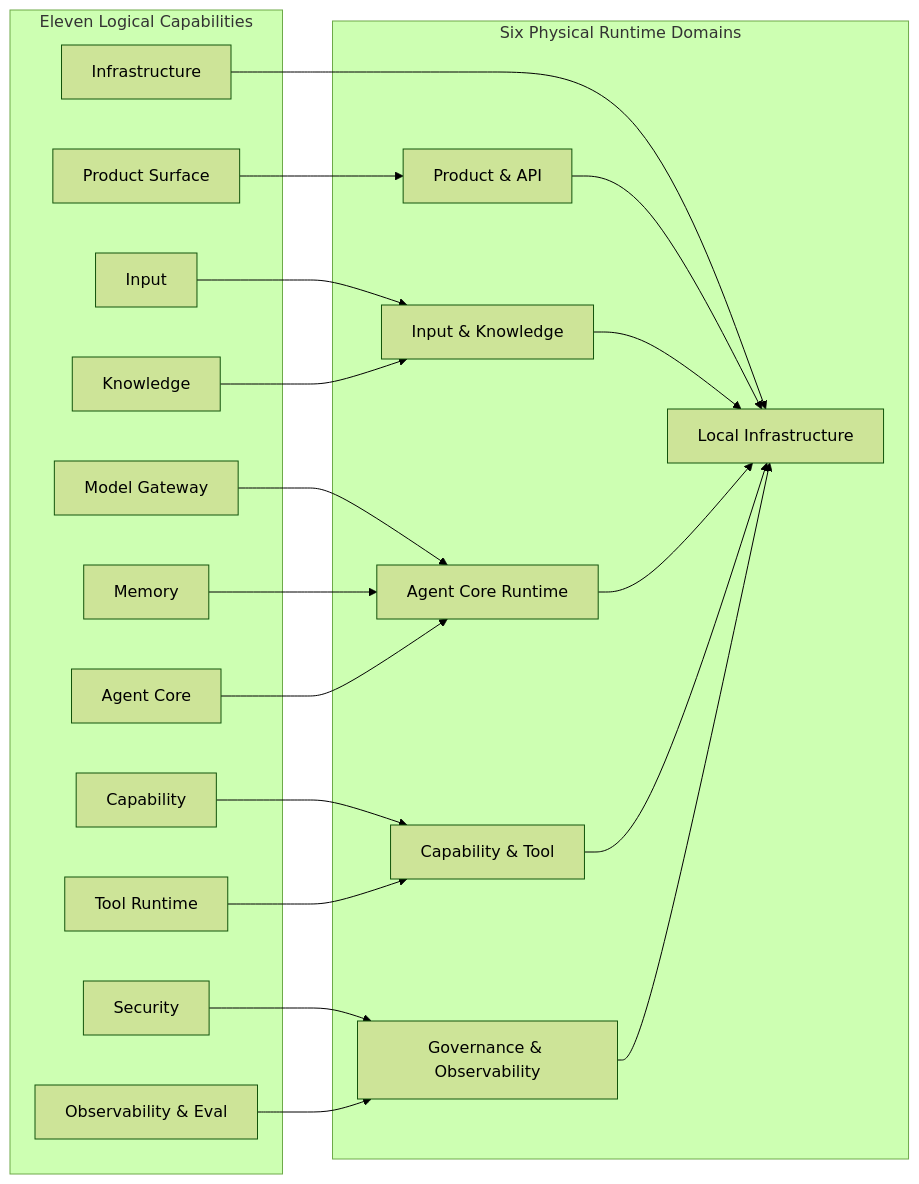
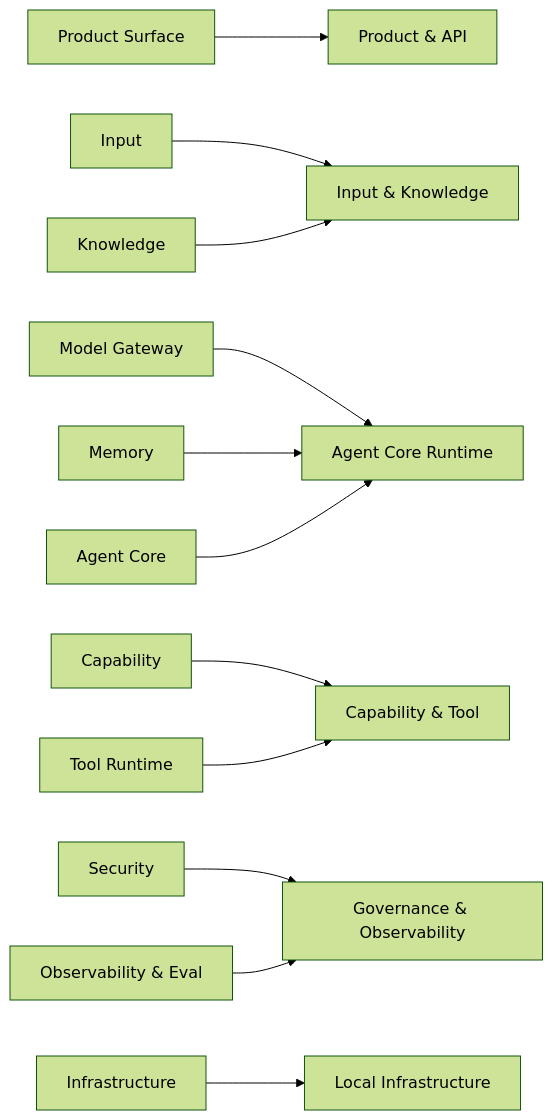
Before and after one commit to ProfessorZhi/Zuno: diagram 16 of 30 in docs/architecture/architecture.md, drawn with Mermaid (forest theme). The commit also changed other lines of this file, not shown here.

Commit message:
Make target architecture Markdown text-first and design-complete

````diff
--- a/docs/architecture/architecture.md
+++ b/docs/architecture/architecture.md
@@ -620,43 +898,14 @@
 ```mermaid
 flowchart LR
-  subgraph LOGICAL["Eleven Logical Capabilities"]
-    PS["Product Surface"]
-    IN["Input"]
-    KN["Knowledge"]
-    MG["Model Gateway"]
-    MM["Memory"]
-    AC["Agent Core"]
-    CP["Capability"]
-    TR["Tool Runtime"]
-    SEC["Security"]
-    OBS["Observability & Eval"]
-    INF["Infrastructure"]
-  end
-
-  subgraph PHYSICAL["Six Physical Runtime Domains"]
-    PRODUCT["Product & API"]
-    IK["Input & Knowledge"]
-    AGENT["Agent Core Runtime"]
-    CT["Capability & Tool"]
-    GOV["Governance & Observability"]
-    LOCAL["Local Infrastructure"]
-  end
-
-  PS --> PRODUCT
-  IN --> IK
-  KN --> IK
-  MG --> AGENT
-  MM --> AGENT
-  AC --> AGENT
-  CP --> CT
-  TR --> CT
-  SEC --> GOV
-  OBS --> GOV
-  INF --> LOCAL
-
-  PRODUCT --> LOCAL
-  IK --> LOCAL
-  AGENT --> LOCAL
-  CT --> LOCAL
-  GOV --> LOCAL
+  PS[Product Surface] --> PA[Product & API]
+  IN[Input] --> IK[Input & Knowledge]
+  KN[Knowledge] --> IK
+  MG[Model Gateway] --> AR[Agent Core Runtime]
+  MM[Memory] --> AR
+  AC[Agent Core] --> AR
+  CP[Capability] --> CT[Capability & Tool]
+  TR[Tool Runtime] --> CT
+  SEC[Security] --> GO[Governance & Observability]
+  OBS[Observability & Eval] --> GO
+  INF[Infrastructure] --> LI[Local Infrastructure]
 ```
````
